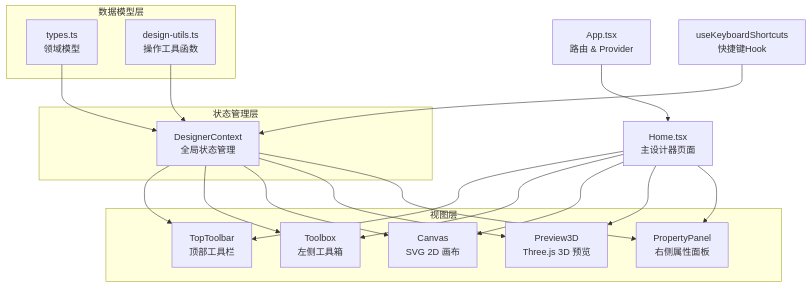
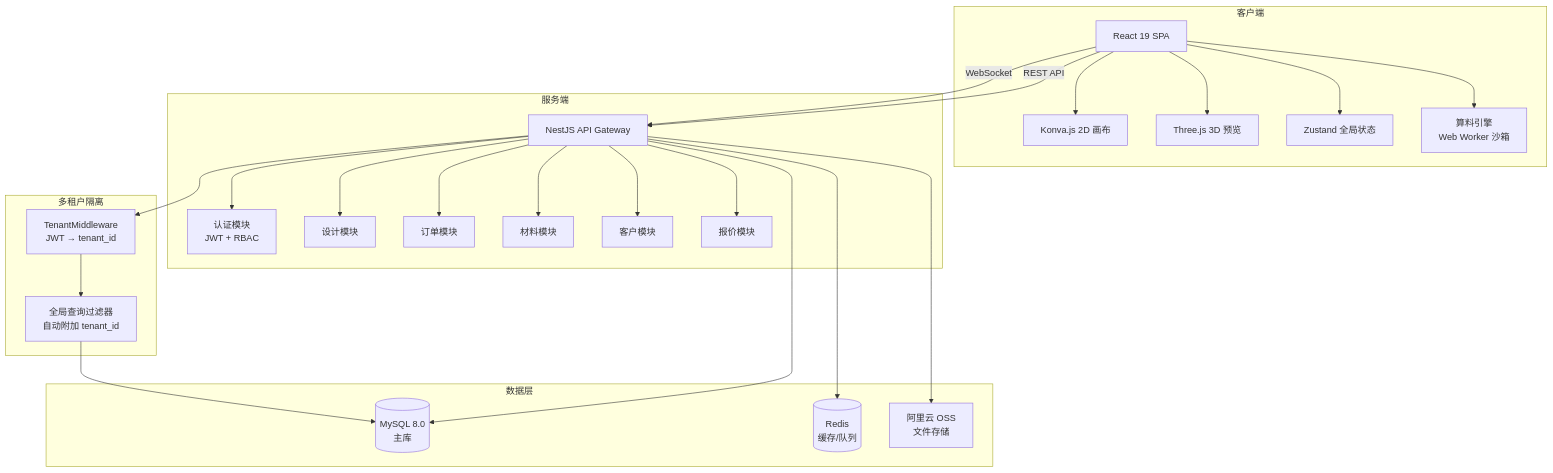
Before and after one commit to liudada118/windows: the first of 4 diagrams in ARCHITECTURE.md, drawn with Mermaid. The commit also changed other lines of this file, not shown here.

Commit message:
docs: 重写ARCHITECTURE.md V2.0 - 全面对齐PRD V5.5

````diff
--- a/ARCHITECTURE.md
+++ b/ARCHITECTURE.md
@@ -99,38 +87,39 @@
 ```mermaid
-graph TD
-    A[App.tsx<br/>路由 & Provider] --> B[Home.tsx<br/>主设计器页面]
-    
-    B --> C[TopToolbar<br/>顶部工具栏]
-    B --> D[Toolbox<br/>左侧工具箱]
-    B --> E[Canvas<br/>SVG 2D 画布]
-    B --> F[Preview3D<br/>Three.js 3D 预览]
-    B --> G[PropertyPanel<br/>右侧属性面板]
-    
-    H[DesignerContext<br/>全局状态管理] --> C
-    H --> D
-    H --> E
-    H --> F
-    H --> G
-    
-    I[types.ts<br/>领域模型] --> H
-    J[design-utils.ts<br/>操作工具函数] --> H
-    
-    K[useKeyboardShortcuts<br/>快捷键Hook] --> H
-    
-    subgraph 数据模型层
-        I
-        J
+graph TB
+    subgraph 客户端
+        A[React 19 SPA] --> B[Konva.js 2D 画布]
+        A --> C[Three.js 3D 预览]
+        A --> D[Zustand 全局状态]
+        A --> E[算料引擎<br/>Web Worker 沙箱]
     end
     
-    subgraph 状态管理层
-        H
+    subgraph 服务端
+        F[NestJS API Gateway] --> G[认证模块<br/>JWT + RBAC]
+        F --> H[设计模块]
+        F --> I[订单模块]
+        F --> J[材料模块]
+        F --> K[客户模块]
+        F --> L[报价模块]
     end
     
-    subgraph 视图层
-        C
-        D
-        E
-        F
-        G
+    subgraph 数据层
+        M[(MySQL 8.0<br/>主库)]
+        N[(Redis<br/>缓存/队列)]
+        O[阿里云 OSS<br/>文件存储]
     end
+    
+    A -->|REST API| F
+    A -->|WebSocket| F
+    F --> M
+    F --> N
+    F --> O
+    
+    subgraph 多租户隔离
+        P[TenantMiddleware<br/>JWT → tenant_id]
+        Q[全局查询过滤器<br/>自动附加 tenant_id]
+    end
+    
+    F --> P
+    P --> Q
+    Q --> M
 ```
````
